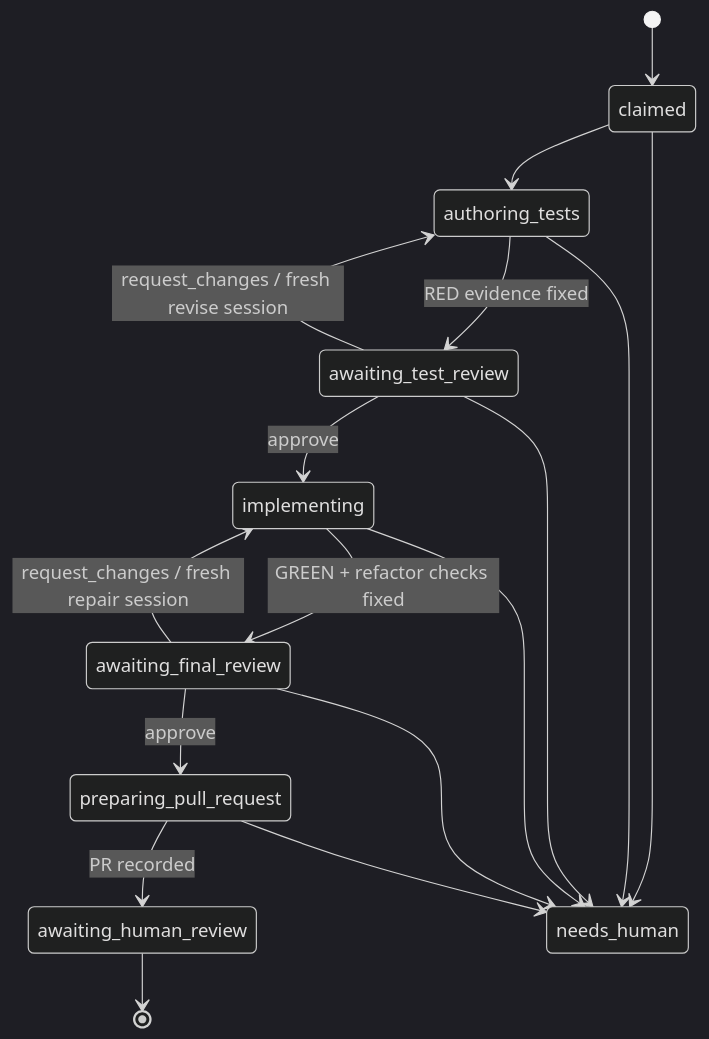
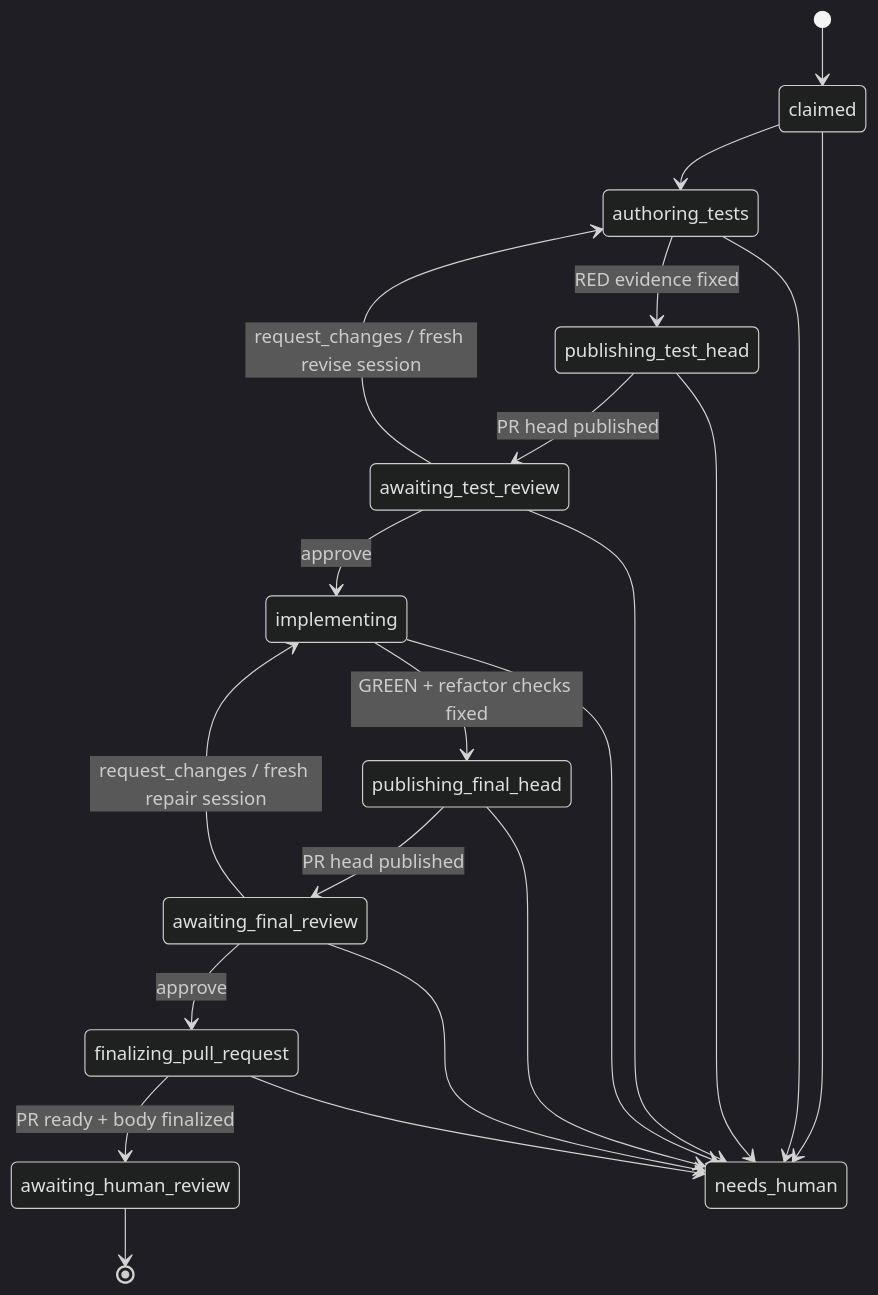
The second of 2 diagrams in docs/workflow.md (mrbaron3/kudo), drawn with Mermaid (dark theme) before and after one commit. The commit also changed other lines of this file and 27 other files, not shown here.

````diff
--- a/docs/workflow.md
+++ b/docs/workflow.md
@@ -144,19 +157,23 @@
 ```mermaid
 stateDiagram-v2
     [*] --> claimed
     claimed --> authoring_tests
-    authoring_tests --> awaiting_test_review: RED evidence fixed
+    authoring_tests --> publishing_test_head: RED evidence fixed
+    publishing_test_head --> awaiting_test_review: PR head published
     awaiting_test_review --> authoring_tests: request_changes / fresh revise session
     awaiting_test_review --> implementing: approve
-    implementing --> awaiting_final_review: GREEN + refactor checks fixed
+    implementing --> publishing_final_head: GREEN + refactor checks fixed
+    publishing_final_head --> awaiting_final_review: PR head published
     awaiting_final_review --> implementing: request_changes / fresh repair session
-    awaiting_final_review --> preparing_pull_request: approve
-    preparing_pull_request --> awaiting_human_review: PR recorded
+    awaiting_final_review --> finalizing_pull_request: approve
+    finalizing_pull_request --> awaiting_human_review: PR ready + body finalized
     awaiting_human_review --> [*]
     claimed --> needs_human
     authoring_tests --> needs_human
+    publishing_test_head --> needs_human
     awaiting_test_review --> needs_human
     implementing --> needs_human
+    publishing_final_head --> needs_human
     awaiting_final_review --> needs_human
-    preparing_pull_request --> needs_human
+    finalizing_pull_request --> needs_human
 ```
````
